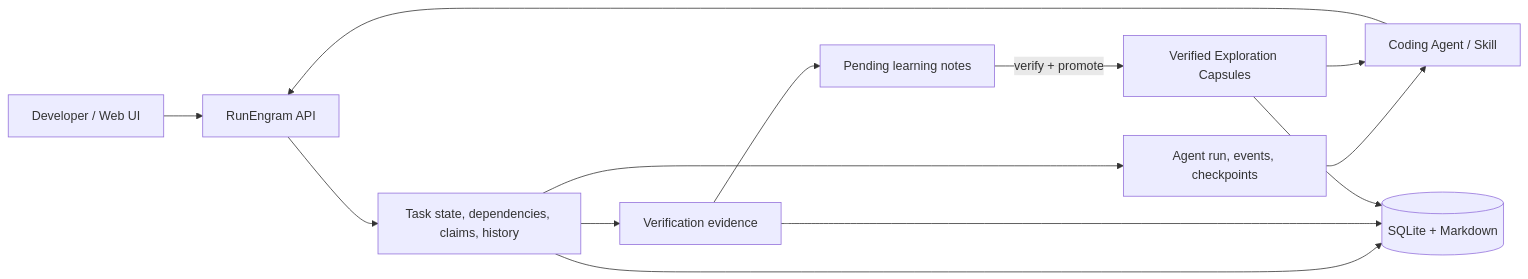
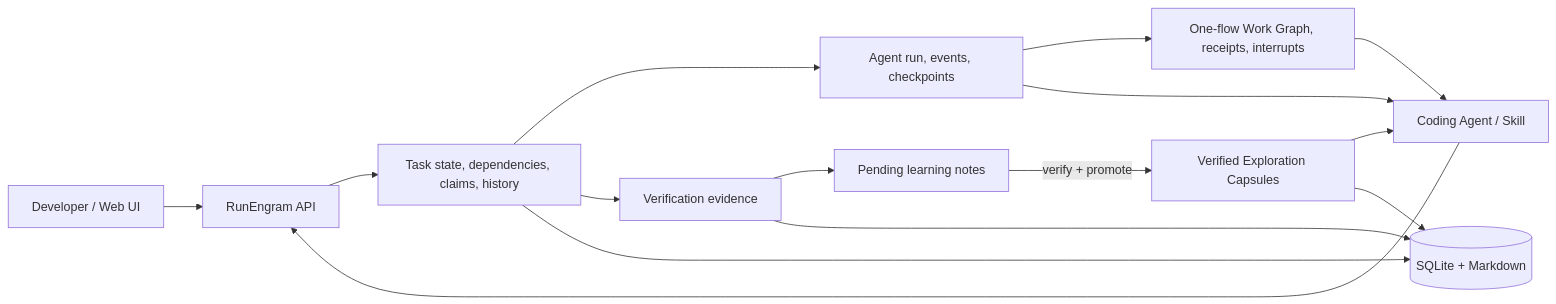
Before and after one commit to MoonTseng/RunEngram: the third of 3 diagrams in README.md, drawn with Mermaid. The commit also changed other lines of this file and 37 other files, not shown here.

Commit message:
feat: add adaptive one-flow work graphs

````diff
--- a/README.md
+++ b/README.md
@@ -332,25 +375,28 @@
 ```mermaid
 flowchart LR
     Human["Developer / Web UI"]
     Agent["Coding Agent / Skill"]
     API["RunEngram API"]
     Task["Task state, dependencies, claims, history"]
     Run["Agent run, events, checkpoints"]
+    Graph["One-flow Work Graph, receipts, interrupts"]
     Evidence["Verification evidence"]
     Candidate["Pending learning notes"]
     Learning["Verified Exploration Capsules"]
     Store[("SQLite + Markdown")]
 
     Human --> API
     Agent --> API
     API --> Task
     Task --> Run
+    Run --> Graph
+    Graph --> Agent
     Run --> Agent
     Task --> Evidence
     Evidence --> Candidate
     Candidate -->|"verify + promote"| Learning
     Learning --> Agent
     Task --> Store
     Evidence --> Store
     Learning --> Store
 ```
````
